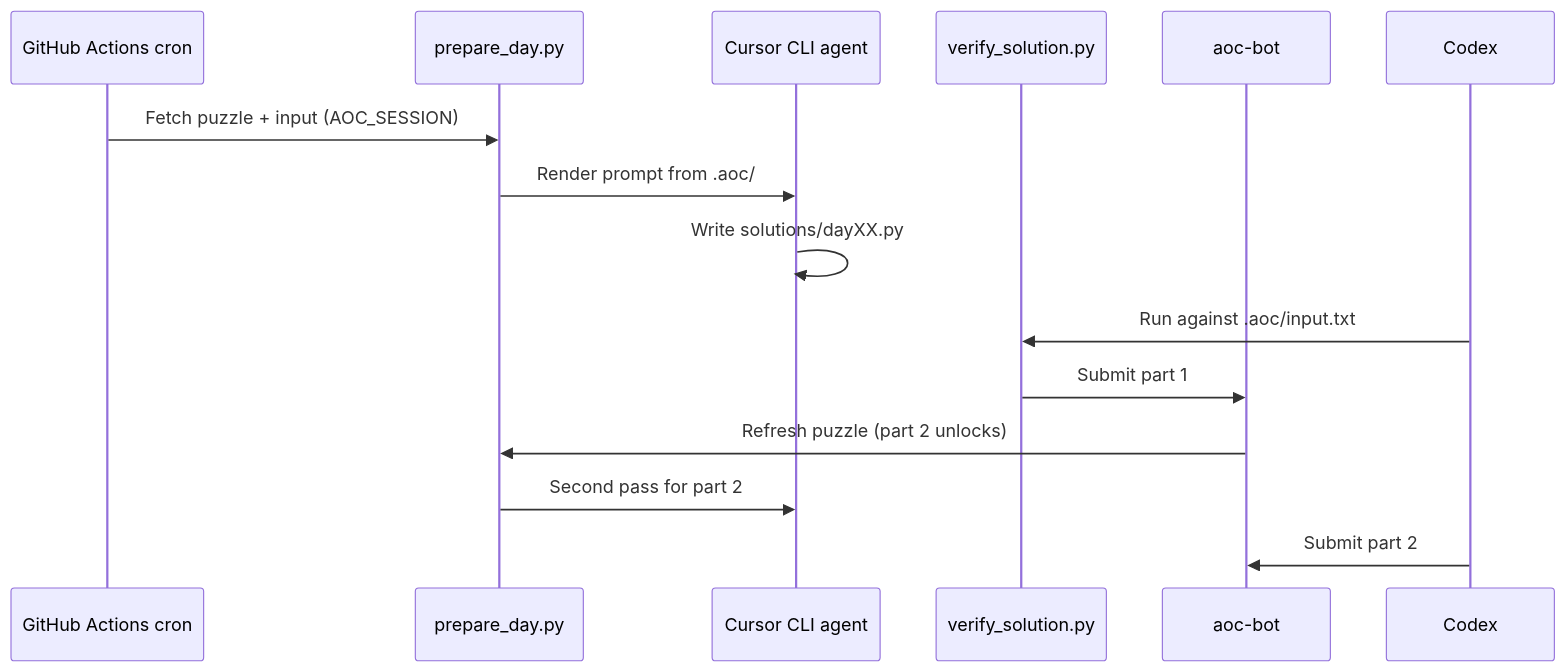
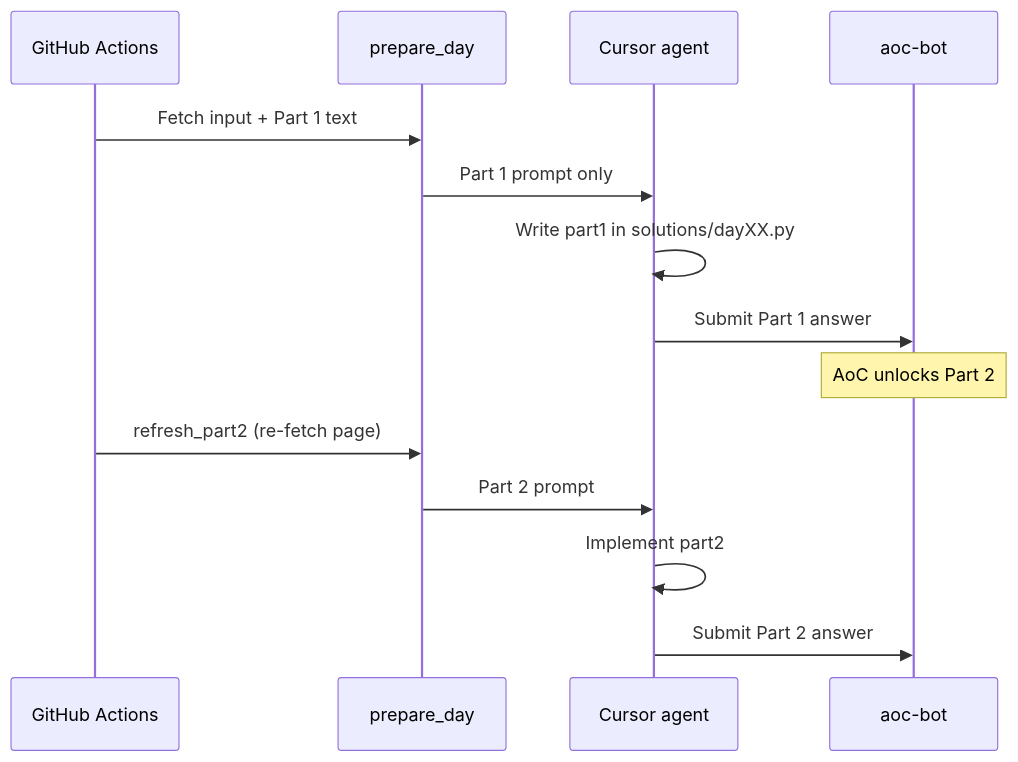
The diagram in README.md (levyvix/aoc-bot), drawn with Mermaid before and after one commit. The commit also changed other lines of this file and 8 other files, not shown here.

First line of the commit message:
Enforce two-phase solve: Part 1 submit unlocks Part 2

````diff
--- a/README.md
+++ b/README.md
@@ -7,17 +7,17 @@
 ```mermaid
 sequenceDiagram
-    participant Cron as GitHub Actions cron
-    participant Prep as prepare_day.py
-    participant Agent as Cursor CLI agent
-    participant Verify as verify_solution.py
+    participant Cron as GitHub Actions
+    participant Prep as prepare_day
+    participant Agent as Cursor agent
     participant Submit as aoc-bot
 
-    Cron->>Prep: Fetch puzzle + input (AOC_SESSION)
-    Prep->>Agent: Render prompt from .aoc/
-    Agent->>Agent: Write solutions/dayXX.py
-    Codex->>Verify: Run against .aoc/input.txt
-    Verify->>Submit: Submit part 1
-    Submit->>Prep: Refresh puzzle (part 2 unlocks)
-    Prep->>Agent: Second pass for part 2
-    Codex->>Submit: Submit part 2
+    Cron->>Prep: Fetch input + Part 1 text
+    Prep->>Agent: Part 1 prompt only
+    Agent->>Agent: Write part1 in solutions/dayXX.py
+    Agent->>Submit: Submit Part 1 answer
+    Note over Submit: AoC unlocks Part 2
+    Cron->>Prep: refresh_part2 (re-fetch page)
+    Prep->>Agent: Part 2 prompt
+    Agent->>Agent: Implement part2
+    Agent->>Submit: Submit Part 2 answer
 ```
````
